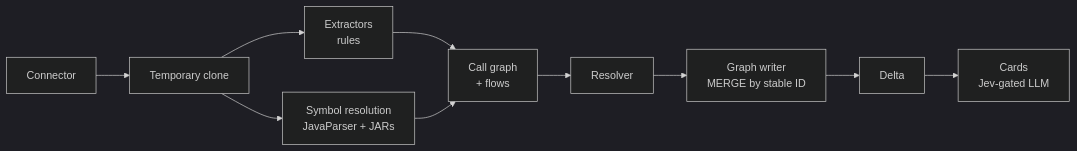
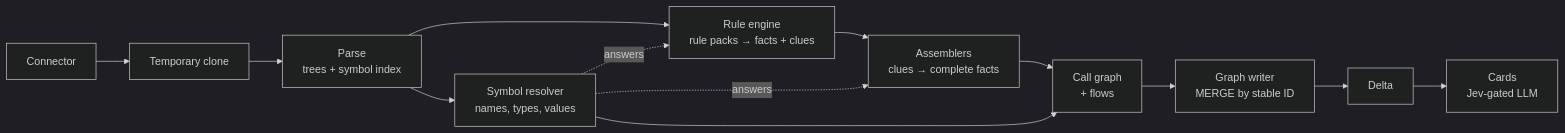
The sixth of 8 diagrams in docs/DESIGN_DOC.md (KBavis/steno), drawn with Mermaid (dark theme) before and after one commit. The commit also changed other lines of this file and 46 other files, not shown here.

````diff
--- a/docs/DESIGN_DOC.md
+++ b/docs/DESIGN_DOC.md
@@ -228,6 +228,8 @@
 ```mermaid
 flowchart LR
-    C[Connector] --> W[Temporary clone] --> X[Extractors<br/>rules] --> CG[Call graph<br/>+ flows]
-    W --> SR[Symbol resolution<br/>JavaParser + JARs] --> CG
-    CG --> R[Resolver] --> GW[Graph writer<br/>MERGE by stable ID] --> D[Delta] --> CARD[Cards<br/>Jev-gated LLM]
+    C[Connector] --> W[Temporary clone] --> P[Parse<br/>trees + symbol index] --> X[Rule engine<br/>rule packs → facts + clues] --> A[Assemblers<br/>clues → complete facts] --> CG[Call graph<br/>+ flows]
+    P --> SR[Symbol resolver<br/>names, types, values] -. answers .-> X
+    SR -. answers .-> A
+    SR --> CG
+    CG --> GW[Graph writer<br/>MERGE by stable ID] --> D[Delta] --> CARD[Cards<br/>Jev-gated LLM]
 ```
````
